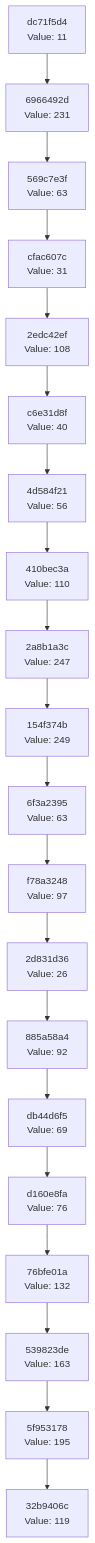
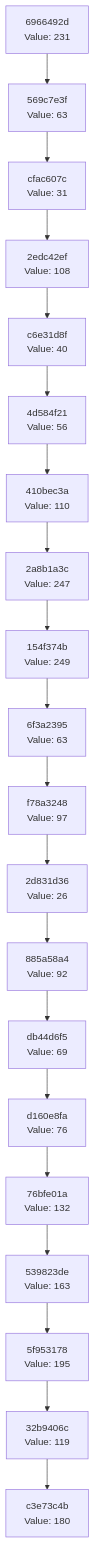
The diagram in docs/CHAIN_VISUALIZATION.md (Abhisheksinha1506/hash-chain-evolver), drawn with Mermaid before and after one commit. The commit also changed 3 other files, not shown here.

````diff
--- a/docs/CHAIN_VISUALIZATION.md
+++ b/docs/CHAIN_VISUALIZATION.md
@@ -3,42 +3,42 @@
 ```mermaid
 graph TD
-    C0["32b9406c<br/>Value: 119"]
-    C1["5f953178<br/>Value: 195"]
+    C0["c3e73c4b<br/>Value: 180"]
+    C1["32b9406c<br/>Value: 119"]
     C1 --> C0
-    C2["539823de<br/>Value: 163"]
+    C2["5f953178<br/>Value: 195"]
     C2 --> C1
-    C3["76bfe01a<br/>Value: 132"]
+    C3["539823de<br/>Value: 163"]
     C3 --> C2
-    C4["d160e8fa<br/>Value: 76"]
+    C4["76bfe01a<br/>Value: 132"]
     C4 --> C3
-    C5["db44d6f5<br/>Value: 69"]
+    C5["d160e8fa<br/>Value: 76"]
     C5 --> C4
-    C6["885a58a4<br/>Value: 92"]
+    C6["db44d6f5<br/>Value: 69"]
     C6 --> C5
-    C7["2d831d36<br/>Value: 26"]
+    C7["885a58a4<br/>Value: 92"]
     C7 --> C6
-    C8["f78a3248<br/>Value: 97"]
+    C8["2d831d36<br/>Value: 26"]
     C8 --> C7
-    C9["6f3a2395<br/>Value: 63"]
+    C9["f78a3248<br/>Value: 97"]
     C9 --> C8
-    C10["154f374b<br/>Value: 249"]
+    C10["6f3a2395<br/>Value: 63"]
     C10 --> C9
-    C11["2a8b1a3c<br/>Value: 247"]
+    C11["154f374b<br/>Value: 249"]
     C11 --> C10
-    C12["410bec3a<br/>Value: 110"]
+    C12["2a8b1a3c<br/>Value: 247"]
     C12 --> C11
-    C13["4d584f21<br/>Value: 56"]
+    C13["410bec3a<br/>Value: 110"]
     C13 --> C12
-    C14["c6e31d8f<br/>Value: 40"]
+    C14["4d584f21<br/>Value: 56"]
     C14 --> C13
-    C15["2edc42ef<br/>Value: 108"]
+    C15["c6e31d8f<br/>Value: 40"]
     C15 --> C14
-    C16["cfac607c<br/>Value: 31"]
+    C16["2edc42ef<br/>Value: 108"]
     C16 --> C15
-    C17["569c7e3f<br/>Value: 63"]
+    C17["cfac607c<br/>Value: 31"]
     C17 --> C16
-    C18["6966492d<br/>Value: 231"]
+    C18["569c7e3f<br/>Value: 63"]
     C18 --> C17
-    C19["dc71f5d4<br/>Value: 11"]
+    C19["6966492d<br/>Value: 231"]
     C19 --> C18
 ```
````
